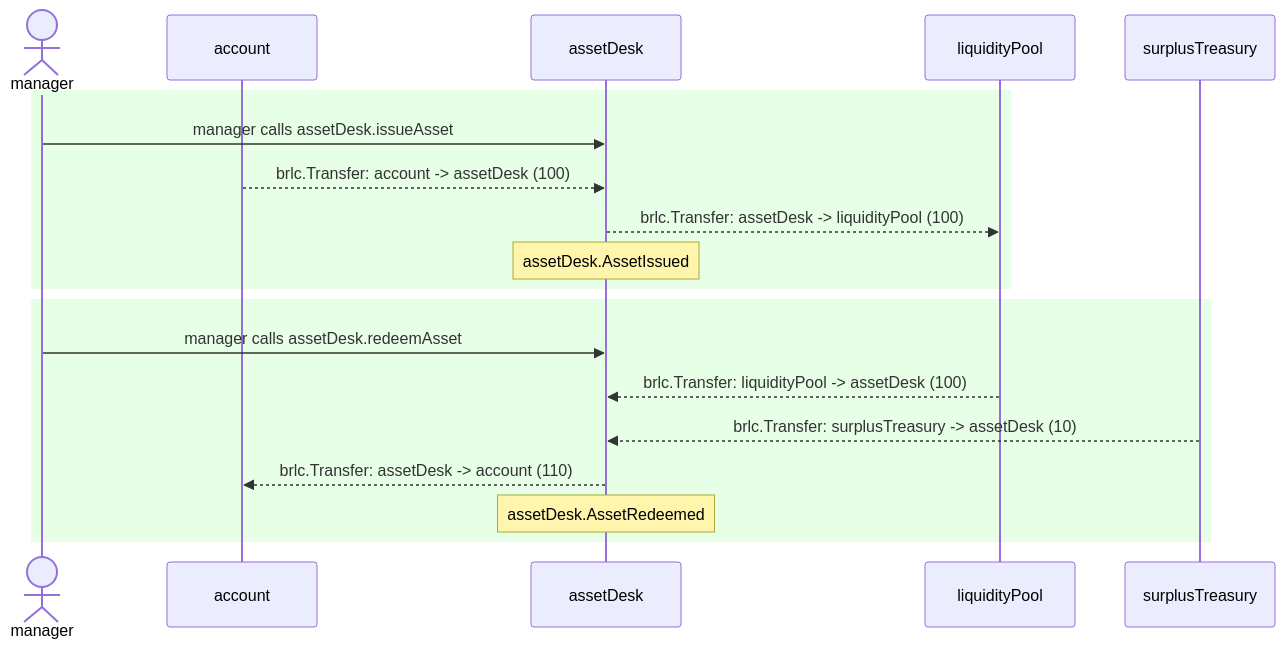
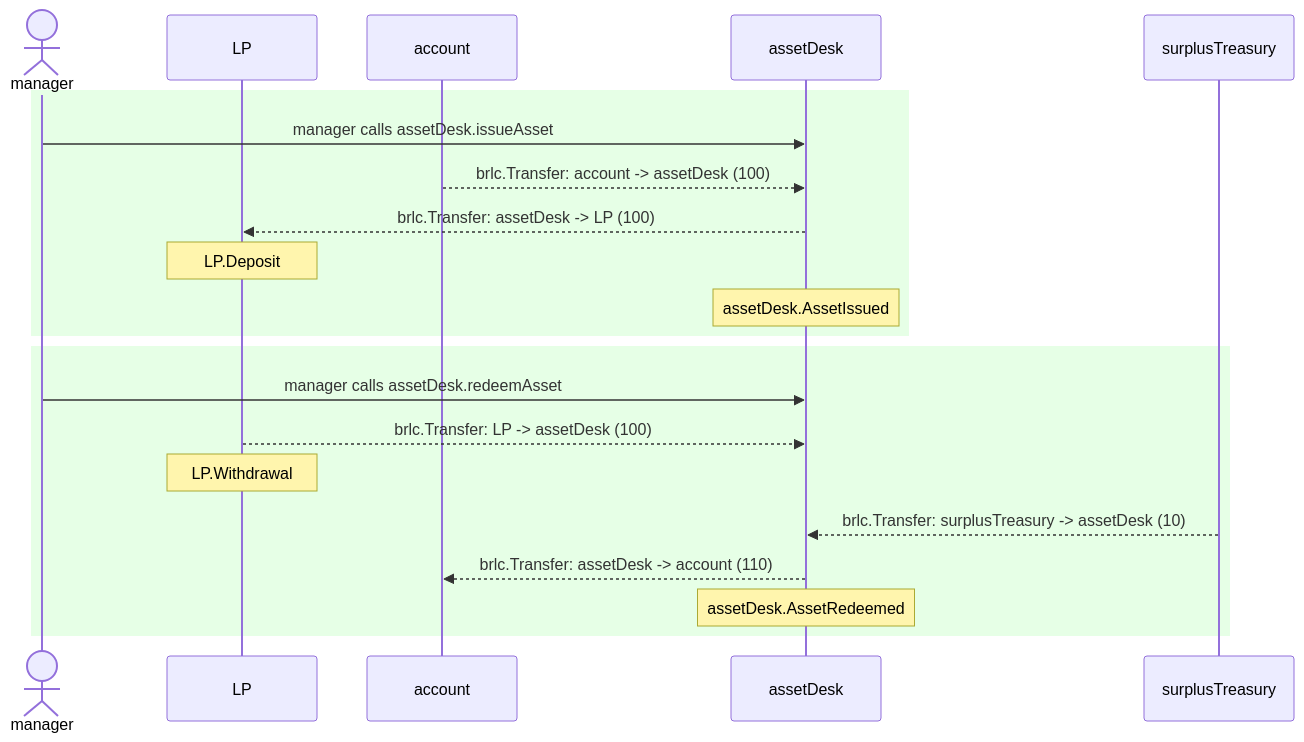
One commit to cloudwalk/brlc-asset-transit-desk changed the diagram in test/__snapshots__humans__/AssetTransitDesk.test.md. Above: the diagram before and after it, drawn with Mermaid. The commit also changed other lines of this file and 2 other files, not shown here.

````diff
--- a/test/__snapshots__humans__/AssetTransitDesk.test.md
+++ b/test/__snapshots__humans__/AssetTransitDesk.test.md
@@ -10,21 +10,23 @@
 ```mermaid
 sequenceDiagram
   actor manager
+  participant LP
   participant account
   participant assetDesk
-  participant liquidityPool
   participant surplusTreasury
   rect rgb(230,255,230)
     manager->>assetDesk: manager calls assetDesk.issueAsset
     account-->>assetDesk: brlc.Transfer: account -> assetDesk (100)
-    assetDesk-->>liquidityPool: brlc.Transfer: assetDesk -> liquidityPool (100)
+    assetDesk-->>LP: brlc.Transfer: assetDesk -> LP (100)
+    Note over LP: LP.Deposit
     Note over assetDesk: assetDesk.AssetIssued
   end
   rect rgb(230,255,230)
     manager->>assetDesk: manager calls assetDesk.redeemAsset
-    liquidityPool-->>assetDesk: brlc.Transfer: liquidityPool -> assetDesk (100)
+    LP-->>assetDesk: brlc.Transfer: LP -> assetDesk (100)
+    Note over LP: LP.Withdrawal
     surplusTreasury-->>assetDesk: brlc.Transfer: surplusTreasury -> assetDesk (10)
     assetDesk-->>account: brlc.Transfer: assetDesk -> account (110)
     Note over assetDesk: assetDesk.AssetRedeemed
   end
 ```
````
